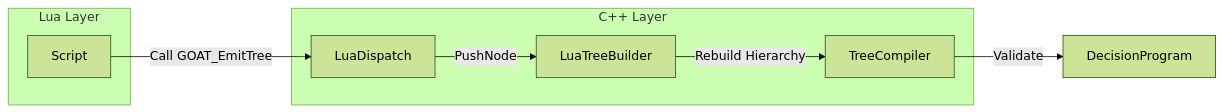
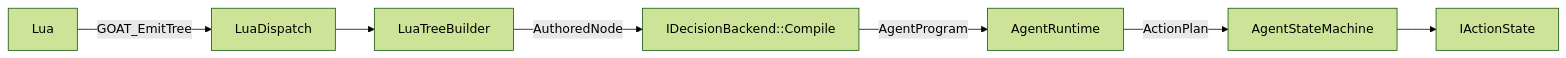
Before and after one commit to jabbadablack/G.O.A.T: the diagram in Docs/01 - Architecture/Layered Overview.md, drawn with Mermaid (forest theme). The commit also changed other lines of this file and 1 other file, not shown here.

````diff
--- a/Docs/01 - Architecture/Layered Overview.md
+++ b/Docs/01 - Architecture/Layered Overview.md
@@ -227,15 +92,9 @@
 ```mermaid
 graph LR
-    subgraph Lua[Lua Layer]
-        S[Script]
-    end
-    subgraph Cpp[C++ Layer]
-        D[LuaDispatch]
-        B[LuaTreeBuilder]
-        C[TreeCompiler]
-    end
-    S -->|Call GOAT_EmitTree| D
-    D -->|PushNode| B
-    B -->|Rebuild Hierarchy| C
-    C -->|Validate| P[DecisionProgram]
+    L[Lua] -->|GOAT_EmitTree| D[LuaDispatch]
+    D --> B[LuaTreeBuilder]
+    B -->|AuthoredNode| BK[IDecisionBackend::Compile]
+    BK -->|AgentProgram| R[AgentRuntime]
+    R -->|ActionPlan| S[AgentStateMachine]
+    S --> A[IActionState]
 ```
````
